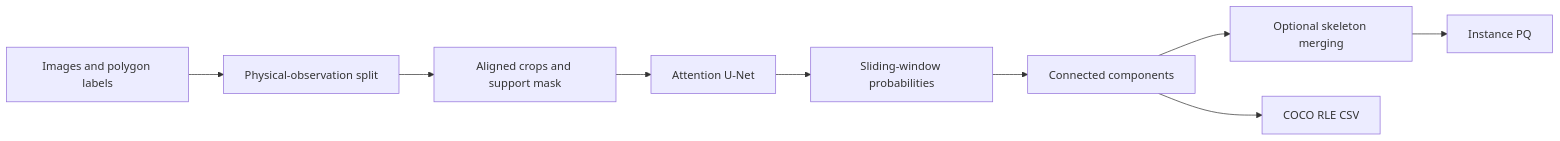
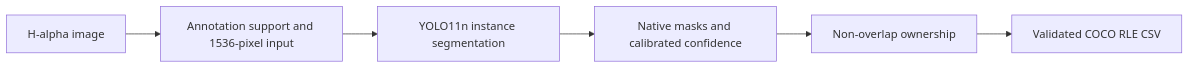
Before and after one commit to ugurk-0/Solar-Filament-Segmentation-Challenge-2026: the diagram in README.md, drawn with Mermaid. The commit also changed other lines of this file and 47 other files, not shown here.

````diff
--- a/README.md
+++ b/README.md
@@ -71,11 +24,8 @@
 ```mermaid
 flowchart LR
-    A[Images and polygon labels] --> B[Physical-observation split]
-    B --> C[Aligned crops and support mask]
-    C --> D[Attention U-Net]
-    D --> E[Sliding-window probabilities]
-    E --> F[Connected components]
-    F --> G[Optional skeleton merging]
-    G --> I[Instance PQ]
-    F --> H[COCO RLE CSV]
+    A[H-alpha image] --> B[Annotation support and 1536-pixel input]
+    B --> C[YOLO11n instance segmentation]
+    C --> D[Native masks and calibrated confidence]
+    D --> E[Non-overlap ownership]
+    E --> F[Validated COCO RLE CSV]
 ```
````
